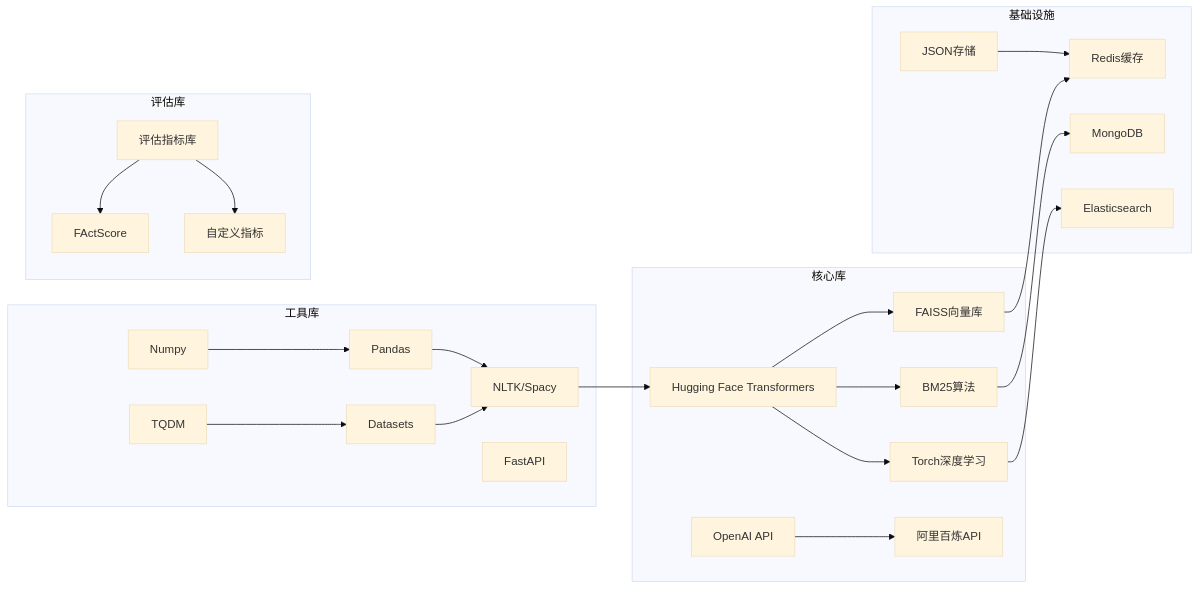
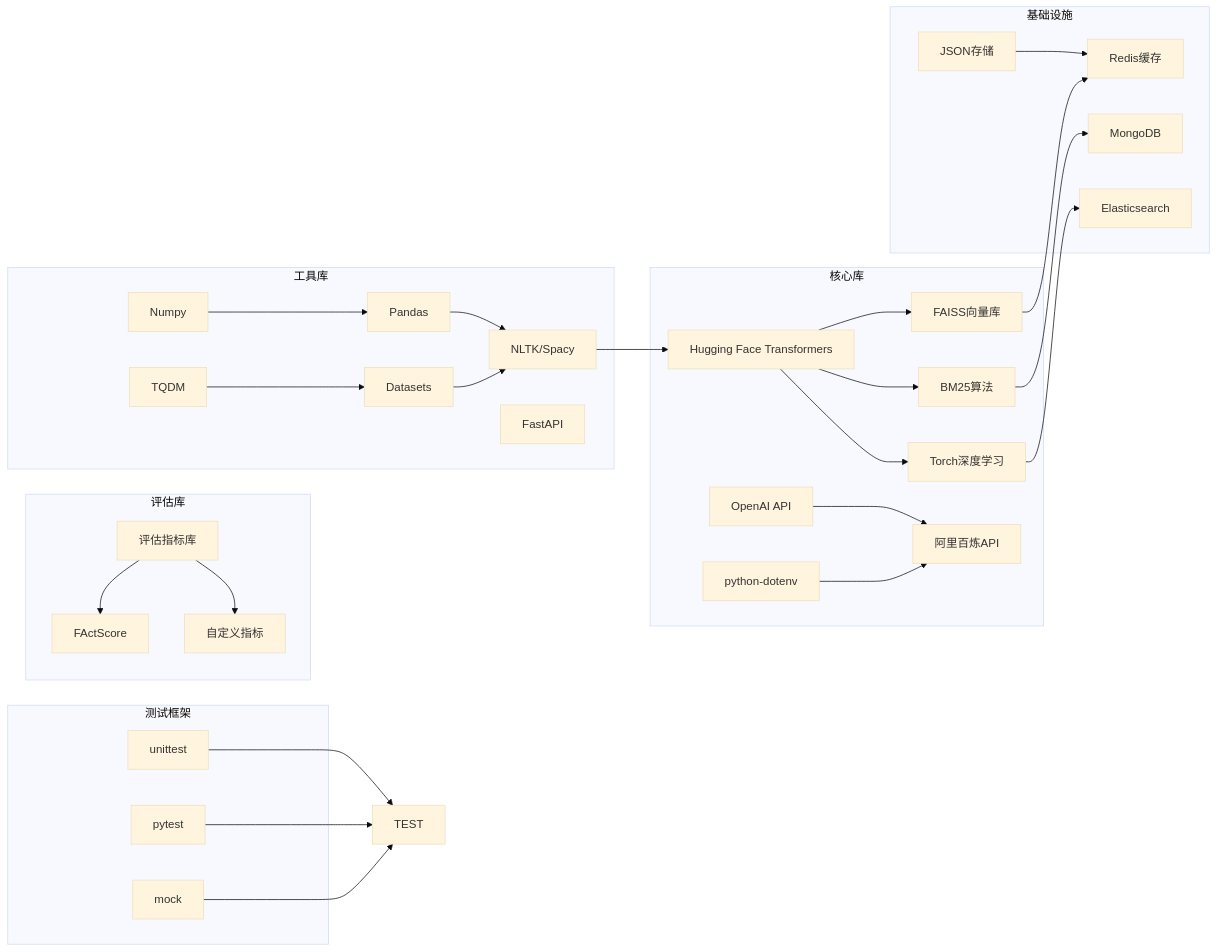
Diagram 12 of 12 in .qoder/repowiki/zh/content/技术实现指南/技术实现指南.md (kitee0918/-nlp-rag-project), drawn with Mermaid (base theme) before and after one commit. The commit also changed other lines of this file and 4 other files, not shown here.

````diff
--- a/.qoder/repowiki/zh/content/技术实现指南/技术实现指南.md
+++ b/.qoder/repowiki/zh/content/技术实现指南/技术实现指南.md
@@ -384,45 +505,56 @@
 ```mermaid
 graph LR
 subgraph "核心库"
 HF[Hugging Face Transformers]
 FAISS[FAISS向量库]
 BM25[BM25算法]
 TORCH[Torch深度学习]
 OPENAI[OpenAI API]
+ENDPOINT[阿里百炼API]
+DOTENV[python-dotenv]
 ENDPOINT[阿里百炼API]
 end
 subgraph "工具库"
 NLP[NLTK/Spacy]
 PANDAS[Pandas]
 NUMPY[Numpy]
 FASTAPI[FastAPI]
 DATASETS[Datasets]
 TQDM[TQDM]
 end
 subgraph "评估库"
 SCORERS[评估指标库]
 FSCORE[FActScore]
 METRICS[自定义指标]
 end
 subgraph "基础设施"
 REDIS[Redis缓存]
 MONGO[MongoDB]
 ELASTIC[Elasticsearch]
 JSON[JSON存储]
 end
+subgraph "测试框架"
+UNI[unittest]
+PYTEST[pytest]
+MOCK[mock]
+end
 HF --> FAISS
 HF --> BM25
 HF --> TORCH
 OPENAI --> ENDPOINT
+DOTENV --> ENDPOINT
 NLP --> HF
 PANDAS --> NLP
 NUMPY --> PANDAS
 DATASETS --> NLP
 TQDM --> DATASETS
 SCORERS --> FSCORE
 SCORERS --> METRICS
 FAISS --> REDIS
 BM25 --> MONGO
 TORCH --> ELASTIC
 JSON --> REDIS
+UNI --> TEST
+PYTEST --> TEST
+MOCK --> TEST
 ```
````
